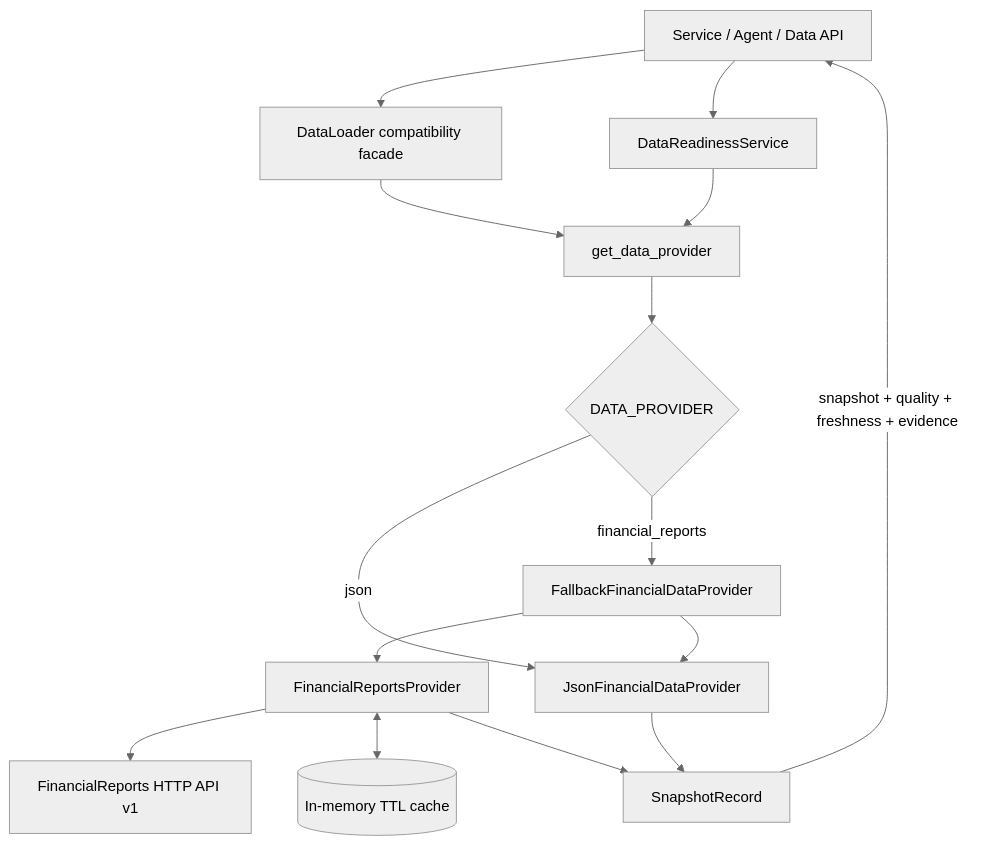
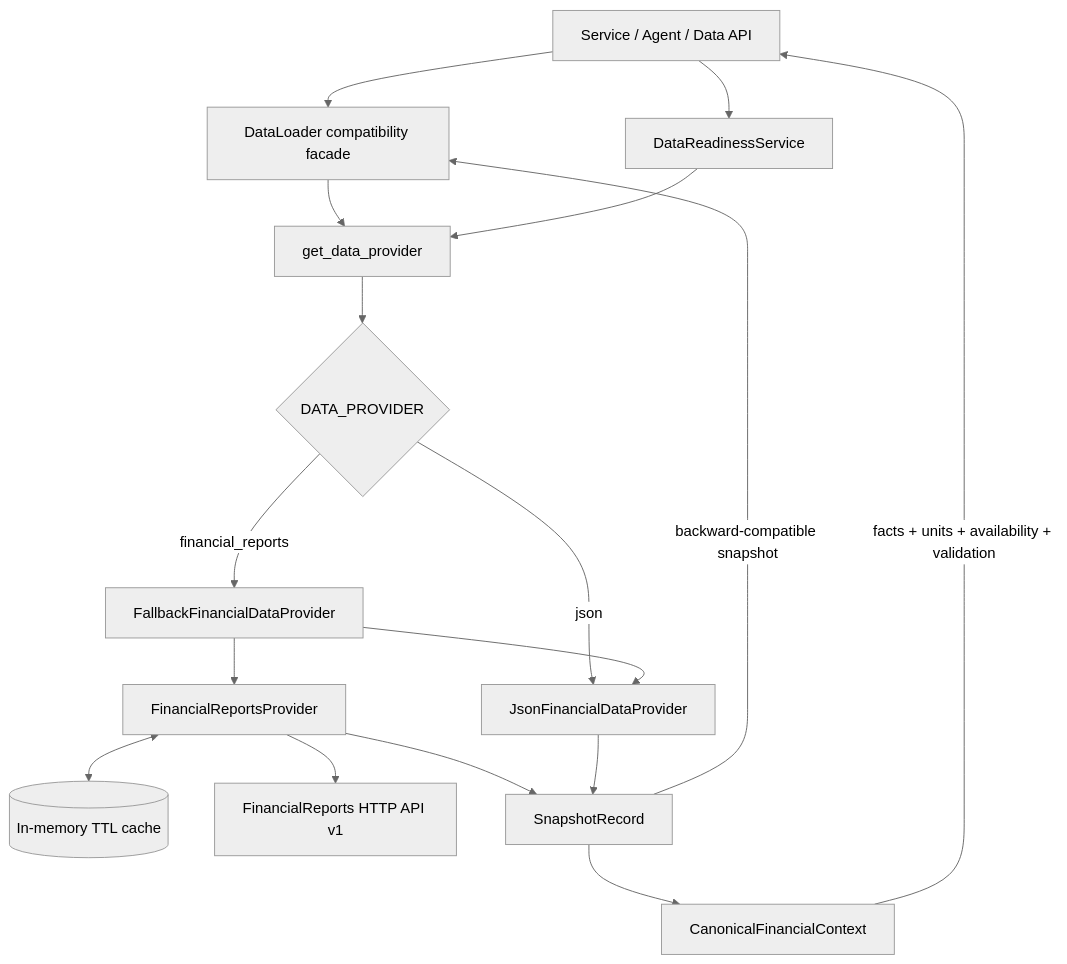
One commit to johnny861110/Financial_Agent changed the second of 3 diagrams in ARCHITECTURE.md. Above: the diagram before and after it, drawn with Mermaid (neutral theme). The commit also changed other lines of this file and 8 other files, not shown here.

Commit message:
docs: document canonical context phase

````diff
--- a/ARCHITECTURE.md
+++ b/ARCHITECTURE.md
@@ -67,29 +67,32 @@
 ```mermaid
 flowchart TD
     Caller[Service / Agent / Data API]
     Loader[DataLoader compatibility facade]
     Factory[get_data_provider]
     Choice{DATA_PROVIDER}
     Remote[FinancialReportsProvider]
     Cache[(In-memory TTL cache)]
     Fallback[FallbackFinancialDataProvider]
     Local[JsonFinancialDataProvider]
     RemoteAPI[FinancialReports HTTP API v1]
     Record[SnapshotRecord]
+    Context[CanonicalFinancialContext]
     Ready[DataReadinessService]
 
     Caller --> Loader
     Caller --> Ready
     Loader --> Factory
     Ready --> Factory
     Factory --> Choice
     Choice -->|json| Local
     Choice -->|financial_reports| Fallback
     Fallback --> Remote
     Fallback --> Local
     Remote --> RemoteAPI
     Remote <--> Cache
     Remote --> Record
     Local --> Record
-    Record -->|snapshot + quality + freshness + evidence| Caller
+    Record --> Context
+    Context -->|facts + units + availability + validation| Caller
+    Record -->|backward-compatible snapshot| Loader
 ```
````
